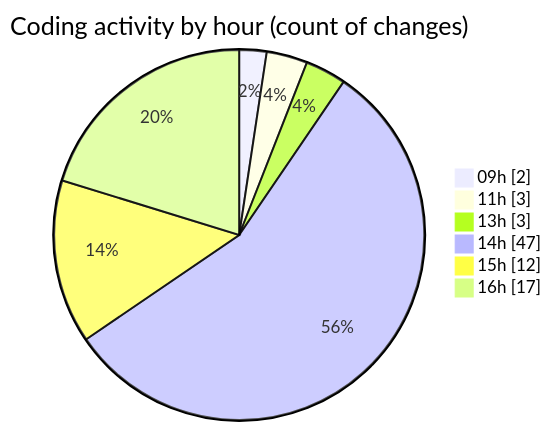
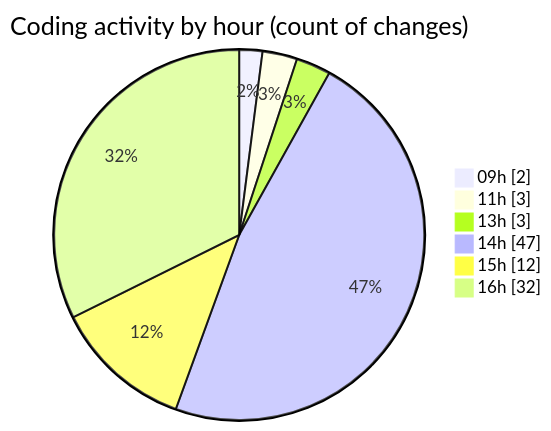
Before and after one commit to julien-gomy/code-tracking: the second of 2 diagrams in 2025-11-10/eventscop-frontend-guide__workspace_/README.md, drawn with Mermaid. The commit also changed other lines of this file and 1 other file, not shown here.

````diff
--- a/2025-11-10/eventscop-frontend-guide__workspace_/README.md
+++ b/2025-11-10/eventscop-frontend-guide__workspace_/README.md
@@ -65,10 +65,10 @@
 ```mermaid
 pie showData
 title Coding activity by hour (count of changes)
 "09h" : 2
 "11h" : 3
 "13h" : 3
 "14h" : 47
 "15h" : 12
-"16h" : 17
+"16h" : 32
 ```
````
